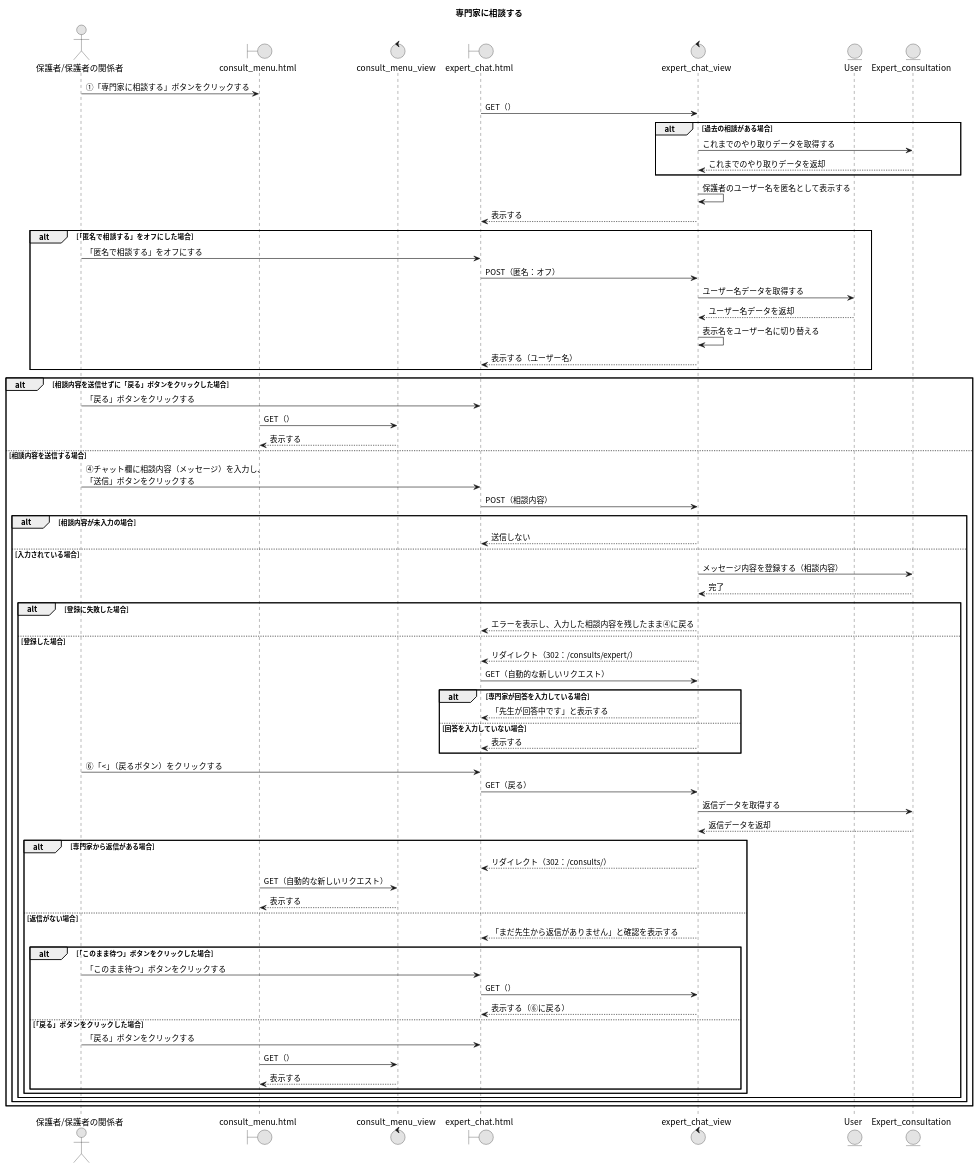
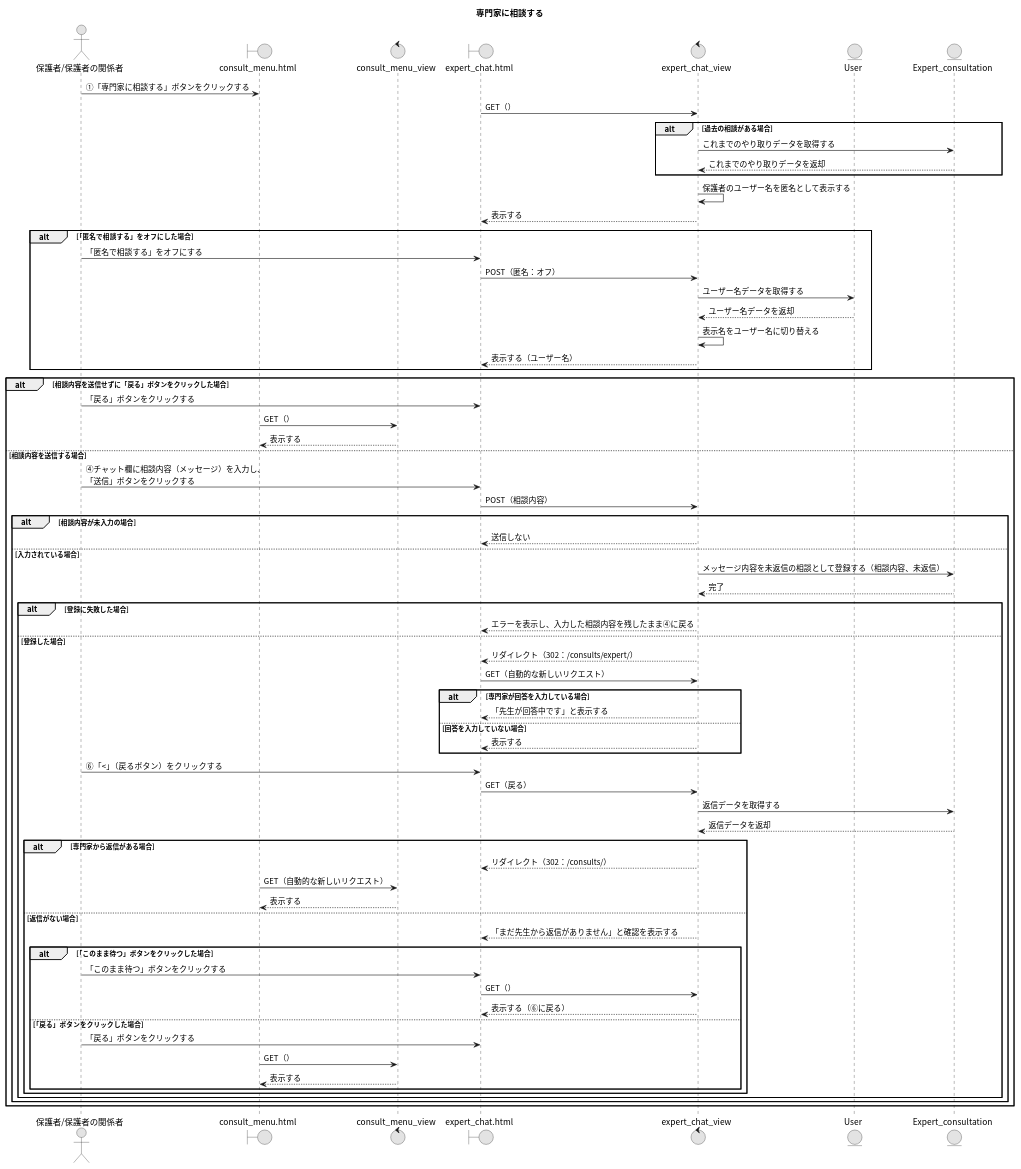
Before and after one commit to Ma2naga190330/26_sotugyou_puml: the diagram in 10_専門家に相談する.puml, drawn with PlantUML. The commit also changed 6 other files, not shown here.

```diff
--- a/10_専門家に相談する.puml
+++ b/10_専門家に相談する.puml
@@ -1,78 +1,78 @@
 @startuml
 title 専門家に相談する
 skinparam defaultFontName "Noto Sans CJK JP"
 skinparam monochrome true
 
 actor "保護者/保護者の関係者" as A
 boundary "consult_menu.html" as CMP
 control "consult_menu_view" as CMV
 boundary "expert_chat.html" as ECP
 control "expert_chat_view" as ECV
 entity "User" as UM
 entity "Expert_consultation" as ECSM
 
 A -> CMP : ①「専門家に相談する」ボタンをクリックする
 ECP -> ECV : GET（）
 alt 過去の相談がある場合
   ECV -> ECSM : これまでのやり取りデータを取得する
   ECV <-- ECSM : これまでのやり取りデータを返却
 end
 ECV -> ECV : 保護者のユーザー名を匿名として表示する
 ECV --> ECP : 表示する
 
 alt 「匿名で相談する」をオフにした場合
   A -> ECP : 「匿名で相談する」をオフにする
   ECP -> ECV : POST（匿名：オフ）
   ECV -> UM : ユーザー名データを取得する
   ECV <-- UM : ユーザー名データを返却
   ECV -> ECV : 表示名をユーザー名に切り替える
   ECV --> ECP : 表示する（ユーザー名）
 end
 
 alt 相談内容を送信せずに「戻る」ボタンをクリックした場合
   A -> ECP : 「戻る」ボタンをクリックする
   CMP -> CMV : GET（）
   CMV --> CMP : 表示する
 else 相談内容を送信する場合
   A -> ECP : ④チャット欄に相談内容（メッセージ）を入力し、\n「送信」ボタンをクリックする
   ECP -> ECV : POST（相談内容）
   alt 相談内容が未入力の場合
     ECV --> ECP : 送信しない
   else 入力されている場合
-    ECV -> ECSM : メッセージ内容を登録する（相談内容）
+    ECV -> ECSM : メッセージ内容を未返信の相談として登録する（相談内容、未返信）
     ECV <-- ECSM : 完了
     alt 登録に失敗した場合
       ECV --> ECP : エラーを表示し、入力した相談内容を残したまま④に戻る
     else 登録した場合
       ECV --> ECP : リダイレクト（302：/consults/expert/）
       ECP -> ECV : GET（自動的な新しいリクエスト）
       alt 専門家が回答を入力している場合
         ECV --> ECP : 「先生が回答中です」と表示する
       else 回答を入力していない場合
         ECV --> ECP : 表示する
       end
 
       A -> ECP : ⑥「<」（戻るボタン）をクリックする
       ECP -> ECV : GET（戻る）
       ECV -> ECSM : 返信データを取得する
       ECV <-- ECSM : 返信データを返却
       alt 専門家から返信がある場合
         ECV --> ECP : リダイレクト（302：/consults/）
         CMP -> CMV : GET（自動的な新しいリクエスト）
         CMV --> CMP : 表示する
       else 返信がない場合
         ECV --> ECP : 「まだ先生から返信がありません」と確認を表示する
         alt 「このまま待つ」ボタンをクリックした場合
           A -> ECP : 「このまま待つ」ボタンをクリックする
           ECP -> ECV : GET（）
           ECV --> ECP : 表示する（⑥に戻る）
         else 「戻る」ボタンをクリックした場合
           A -> ECP : 「戻る」ボタンをクリックする
           CMP -> CMV : GET（）
           CMV --> CMP : 表示する
         end
       end
     end
   end
 end
 @enduml
```
